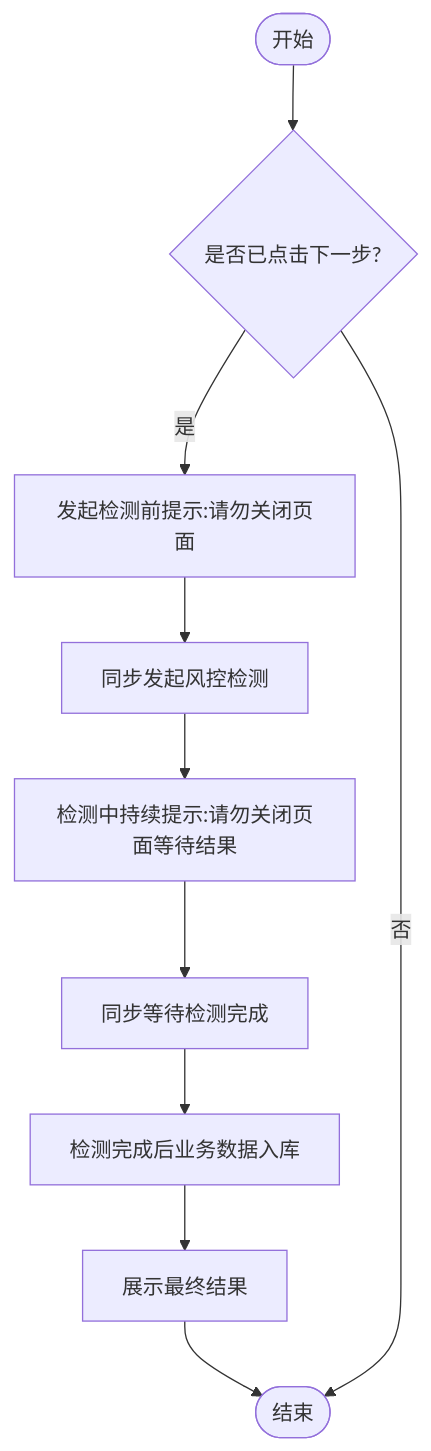
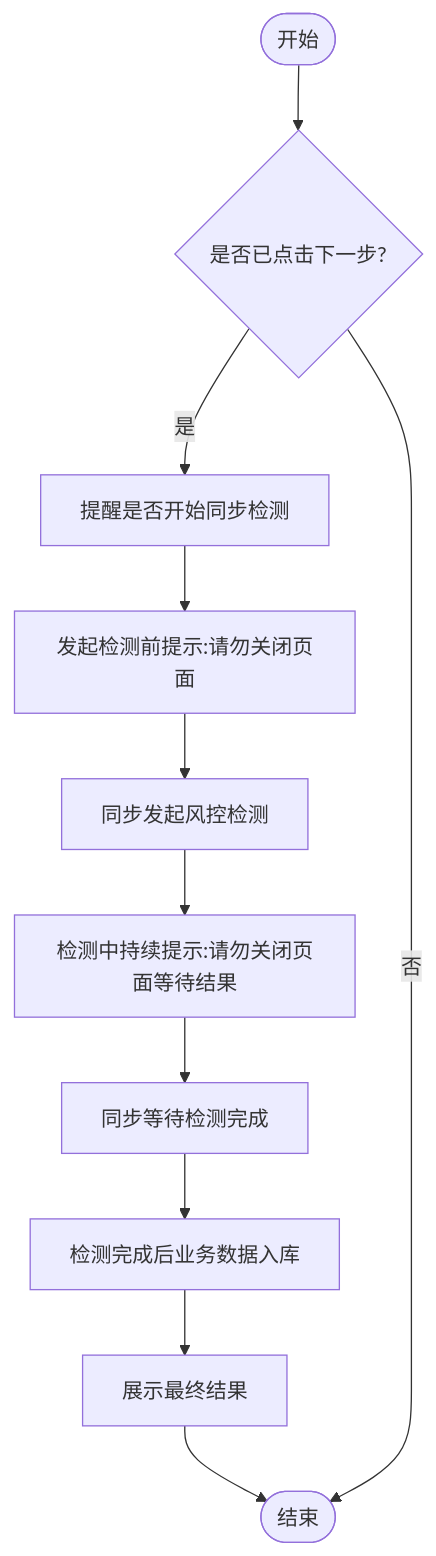
Before and after one commit to LRainD/LRainD.github.io: the second of 2 diagrams in 数字合规官/流程图.md, drawn with Mermaid. The commit also changed other lines of this file, not shown here.

Commit message:
流程图

````diff
--- a/数字合规官/流程图.md
+++ b/数字合规官/流程图.md
@@ -26,13 +27,14 @@
 ```mermaid
 flowchart TD
     Start([开始]) --> CheckClick{是否已点击下一步?}
-    CheckClick -- 是 --> TipBefore[发起检测前提示:请勿关闭页面]
+    CheckClick -- 是 --> StartEnsure[提醒是否开始同步检测]
+    StartEnsure[提醒是否开始同步检测] --> TipBefore[发起检测前提示:请勿关闭页面]
     TipBefore --> SyncCheck[同步发起风控检测]
     SyncCheck --> TipDuring[检测中持续提示:请勿关闭页面等待结果]
     TipDuring --> WaitResult[同步等待检测完成]
     WaitResult --> SaveData[检测完成后业务数据入库]
     SaveData --> ShowFinal[展示最终结果]
     ShowFinal --> End([结束])
     
     CheckClick -- 否 --> End
 ```
````
